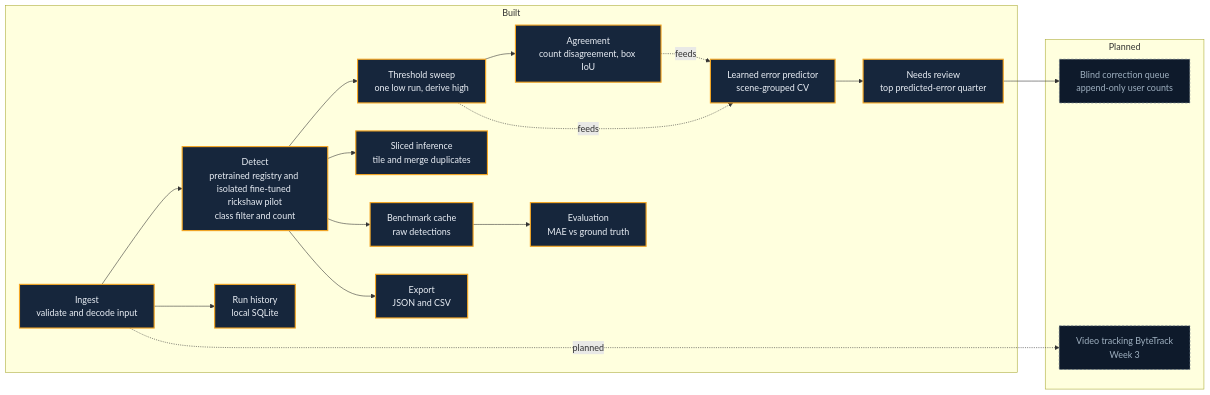
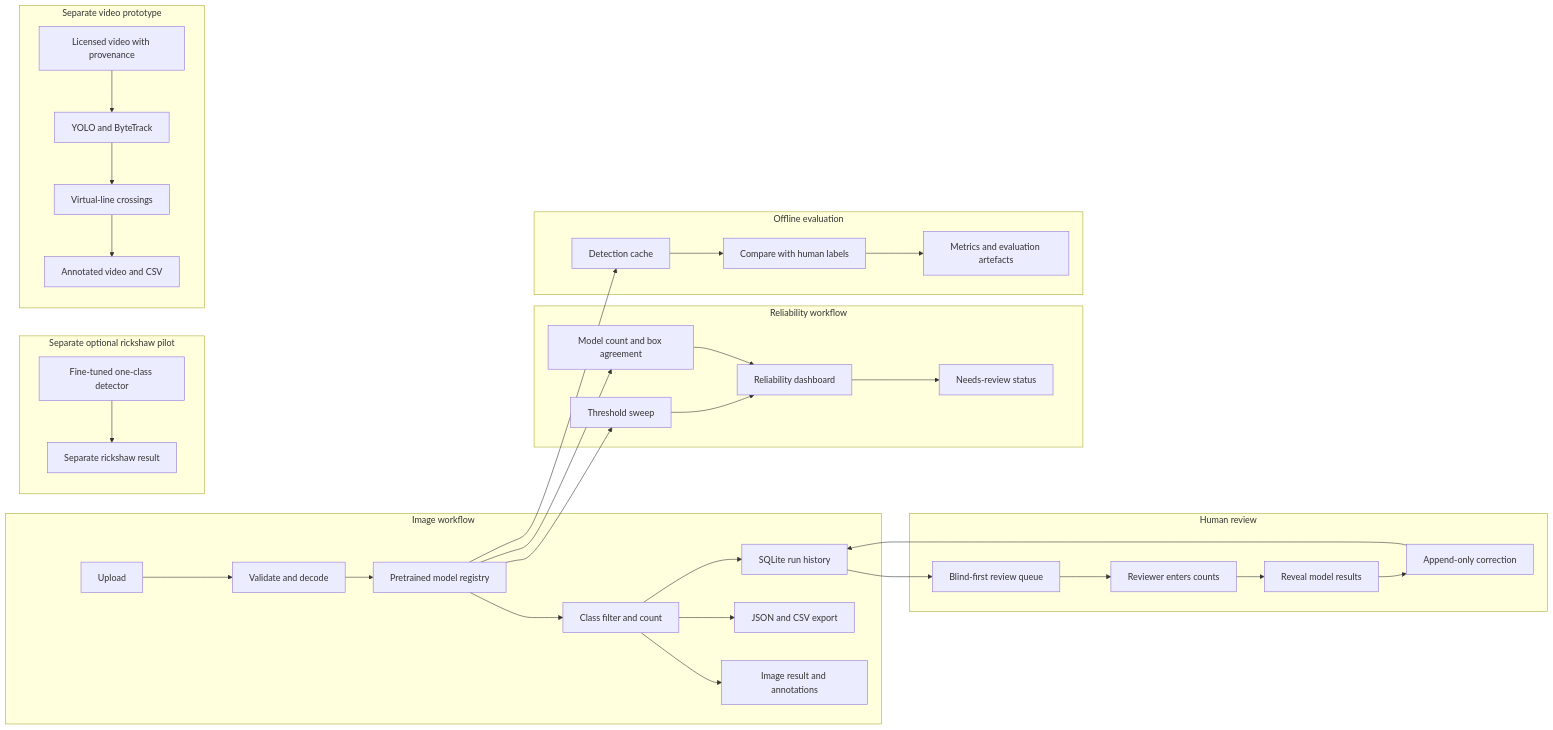
Before and after one commit to bakhtawar7/TrafficLens: the diagram in docs/architecture.md, drawn with Mermaid. The commit also changed other lines of this file, not shown here.

Commit message:
docs: update architecture for current workflows

````diff
--- a/docs/architecture.md
+++ b/docs/architecture.md
@@ -17,36 +17,38 @@
 ```mermaid
 flowchart LR
-    subgraph BUILT[Built]
-        ING[Ingest<br/>validate and decode input]
-        DET[Detect<br/>pretrained registry and isolated fine-tuned rickshaw pilot<br/>class filter and count]
-        SLC[Sliced inference<br/>tile and merge duplicates]
-        SWEEP[Threshold sweep<br/>one low run, derive high]
-        AGREE[Agreement<br/>count disagreement, box IoU]
-        BM[Benchmark cache<br/>raw detections]
-        EVAL[Evaluation<br/>MAE vs ground truth]
-        EXP[Export<br/>JSON and CSV]
-        PRED[Learned error predictor<br/>scene-grouped CV]
-        DEC[Needs review<br/>top predicted-error quarter]
-        HIST[Run history<br/>local SQLite]
-    end
-    subgraph PLANNED[Planned]
-        VID[Video tracking ByteTrack<br/>Week 3]
-        REV[Blind correction queue<br/>append-only user counts]
-    end
-
-    ING --> DET --> SWEEP
-    DET --> SLC
-    SWEEP --> AGREE
-    DET --> BM --> EVAL
-    DET --> EXP
-    AGREE -. feeds .-> PRED
-    SWEEP -. feeds .-> PRED
-    PRED --> DEC --> REV
-    ING --> HIST
-    ING -. planned .-> VID
-
-    classDef built fill:#16263c,stroke:#f5a623,stroke-width:2px,color:#e9eef5;
-    classDef planned fill:#0e1a2b,stroke:#5b6b7f,stroke-dasharray:4 3,color:#9fb0c0;
-    class ING,DET,SLC,SWEEP,AGREE,BM,EVAL,EXP,PRED,DEC,HIST built;
-    class VID,REV planned;
+  subgraph IMAGE[Image workflow]
+    UP[Upload] --> VAL[Validate and decode]
+    VAL --> DET[Pretrained model registry]
+    DET --> CNT[Class filter and count]
+    CNT --> VIEW[Image result and annotations]
+    CNT --> OUT[JSON and CSV export]
+    CNT --> HIST[SQLite run history]
+  end
+  subgraph REL[Reliability workflow]
+    DET --> SWEEP[Threshold sweep]
+    DET --> AGREE[Model count and box agreement]
+    SWEEP --> RELVIEW[Reliability dashboard]
+    AGREE --> RELVIEW
+    RELVIEW --> FLAG[Needs-review status]
+  end
+  subgraph EVAL[Offline evaluation]
+    CACHE[Detection cache] --> SCORE[Compare with human labels]
+    SCORE --> REPORT[Metrics and evaluation artefacts]
+  end
+  DET --> CACHE
+  subgraph REVIEW[Human review]
+    HIST --> QUEUE[Blind-first review queue]
+    QUEUE --> HUMAN[Reviewer enters counts]
+    HUMAN --> REVEAL[Reveal model results]
+    REVEAL --> CORR[Append-only correction]
+    CORR --> HIST
+  end
+  subgraph FINE[Separate optional rickshaw pilot]
+    FDET[Fine-tuned one-class detector] --> FVIEW[Separate rickshaw result]
+  end
+  subgraph VIDEO[Separate video prototype]
+    VUP[Licensed video with provenance] --> TRACK[YOLO and ByteTrack]
+    TRACK --> LINE[Virtual-line crossings]
+    LINE --> VOUT[Annotated video and CSV]
+  end
 ```
````
